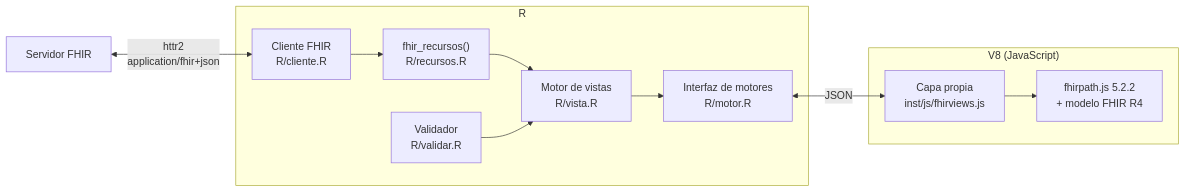
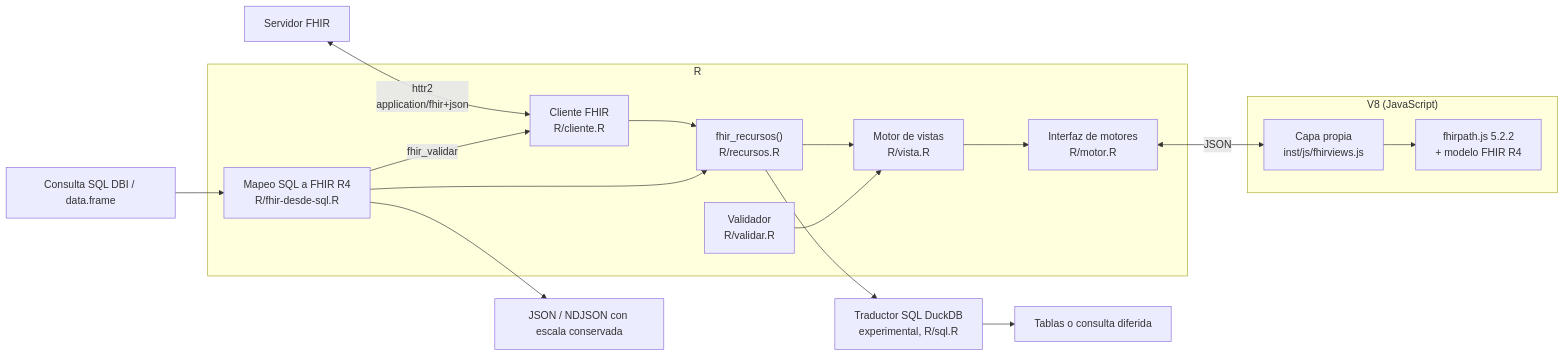
The first of 3 diagrams in vignettes/articles/arquitectura.Rmd (f-slg/fhirviews), drawn with Mermaid before and after one commit. The commit also changed other lines of this file and 5 other files, not shown here.

Commit message:
Replace opening diagram with Mermaid and document the R4 and Rust scope

````diff
--- a/vignettes/articles/arquitectura.Rmd
+++ b/vignettes/articles/arquitectura.Rmd
@@ -24,21 +24,28 @@
 ```mermaid
 flowchart LR
     subgraph R["R"]
         CL["Cliente FHIR<br/>R/cliente.R"]
         RE["fhir_recursos()<br/>R/recursos.R"]
         VA["Validador<br/>R/validar.R"]
         MV["Motor de vistas<br/>R/vista.R"]
         MO["Interfaz de motores<br/>R/motor.R"]
+        MP["Mapeo SQL a FHIR R4<br/>R/fhir-desde-sql.R"]
     end
     subgraph V8["V8 (JavaScript)"]
         GL["Capa propia<br/>inst/js/fhirviews.js"]
         FP["fhirpath.js 5.2.2<br/>+ modelo FHIR R4"]
     end
     SV["Servidor FHIR"] <-->|"httr2<br/>application/fhir+json"| CL
     CL --> RE
     RE --> MV
     VA --> MV
     MV --> MO
     MO <-->|"JSON"| GL
     GL --> FP
+    DB["Consulta SQL DBI / data.frame"] --> MP
+    MP --> RE
+    MP --> OUT["JSON / NDJSON con escala conservada"]
+    MP -->|"fhir_validar"| CL
+    RE --> DUCK["Traductor SQL DuckDB<br/>experimental, R/sql.R"]
+    DUCK --> TABLE["Tablas o consulta diferida"]
 ```
````
